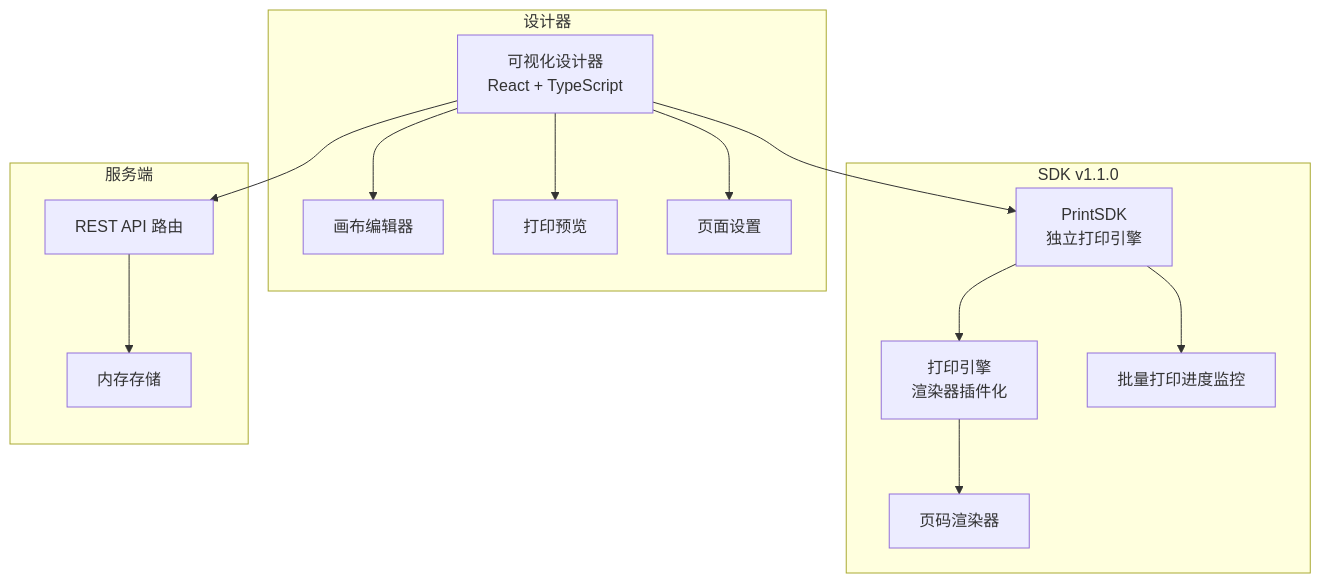
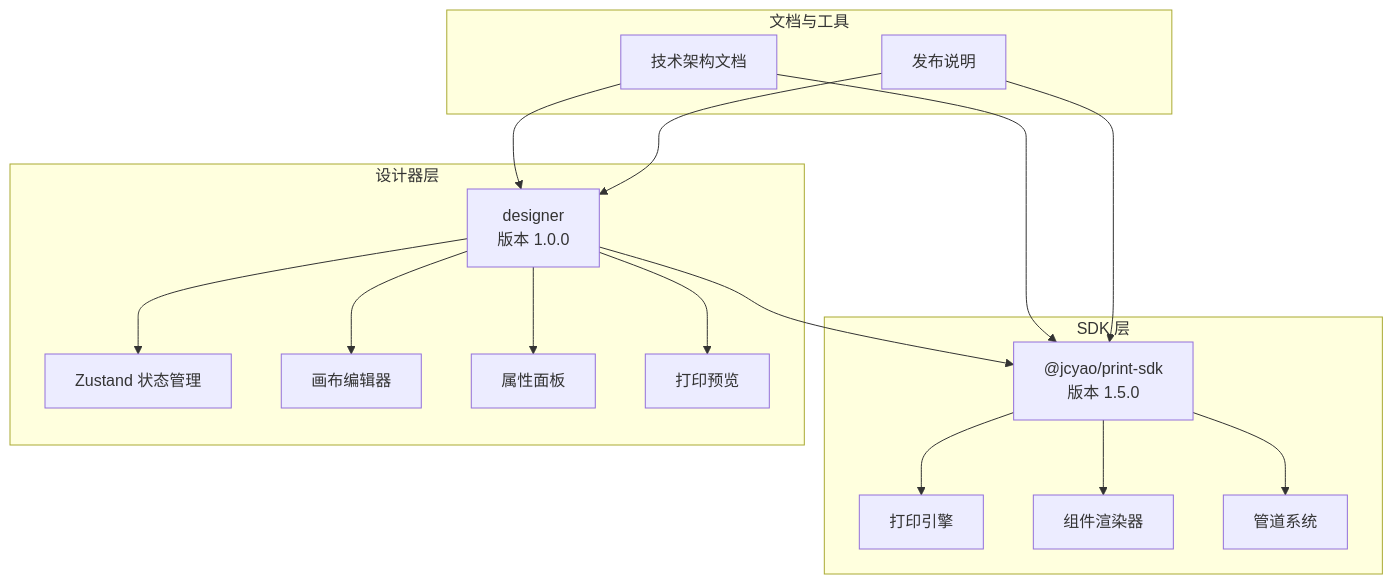
The first of 3 diagrams in .qoder/repowiki/zh/content/版本更新日志.md (joker-yjc/printer), drawn with Mermaid before and after one commit. The commit also changed other lines of this file and 86 other files, not shown here.

````diff
--- a/.qoder/repowiki/zh/content/版本更新日志.md
+++ b/.qoder/repowiki/zh/content/版本更新日志.md
@@ -74,28 +33,32 @@
 ```mermaid
 graph TB
-subgraph "设计器"
-Designer["可视化设计器<br/>React + TypeScript"]
-Canvas["画布编辑器"]
-Preview["打印预览"]
-PageSetting["页面设置"]
+subgraph "SDK 层"
+SDK_PKG["@jcyao/print-sdk<br/>版本 1.5.0"]
+ENGINE["打印引擎"]
+RENDERERS["组件渲染器"]
+PIPES["管道系统"]
 end
-subgraph "SDK v1.1.0"
-PrintSDK["PrintSDK<br/>独立打印引擎"]
-Engine["打印引擎<br/>渲染器插件化"]
-RendererPN["页码渲染器"]
-BatchProgress["批量打印进度监控"]
+subgraph "设计器层"
+DESIGNER_PKG["designer<br/>版本 1.0.0"]
+STORE["Zustand 状态管理"]
+CANVAS["画布编辑器"]
+PROPERTY["属性面板"]
+PREVIEW["打印预览"]
 end
-subgraph "服务端"
-API["REST API 路由"]
-Storage["内存存储"]
+subgraph "文档与工具"
+DOCS["技术架构文档"]
+README["发布说明"]
 end
-Designer --> Canvas
-Designer --> Preview
-Designer --> PageSetting
-Designer --> PrintSDK
-PrintSDK --> Engine
-Engine --> RendererPN
-PrintSDK --> BatchProgress
-Designer --> API
-API --> Storage
+DESIGNER_PKG --> SDK_PKG
+DESIGNER_PKG --> STORE
+DESIGNER_PKG --> CANVAS
+DESIGNER_PKG --> PROPERTY
+DESIGNER_PKG --> PREVIEW
+SDK_PKG --> ENGINE
+SDK_PKG --> RENDERERS
+SDK_PKG --> PIPES
+DOCS --> SDK_PKG
+DOCS --> DESIGNER_PKG
+README --> SDK_PKG
+README --> DESIGNER_PKG
 ```
````
